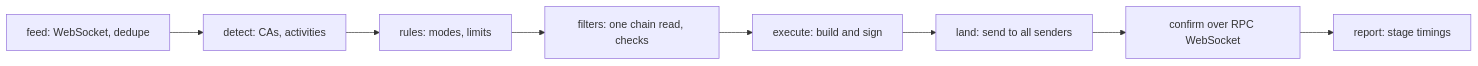
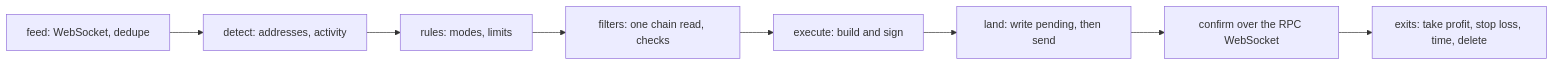
Before and after one commit to tweetstream-io/solana-sniper-bot: the diagram in README.md, drawn with Mermaid. The commit also changed other lines of this file and 6 other files, not shown here.

````diff
--- a/README.md
+++ b/README.md
@@ -70,10 +87,10 @@
 ```mermaid
 flowchart LR
-  feed[feed: WebSocket, dedupe] --> detect[detect: CAs, activities]
+  feed[feed: WebSocket, dedupe] --> detect[detect: addresses, activity]
   detect --> rules[rules: modes, limits]
   rules --> filters[filters: one chain read, checks]
   filters --> build[execute: build and sign]
-  build --> land[land: send to all senders]
-  land --> confirm[confirm over RPC WebSocket]
-  confirm --> report[report: stage timings]
+  build --> send[land: write pending, then send]
+  send --> confirm[confirm over the RPC WebSocket]
+  confirm --> exits[exits: take profit, stop loss, time, delete]
 ```
````
